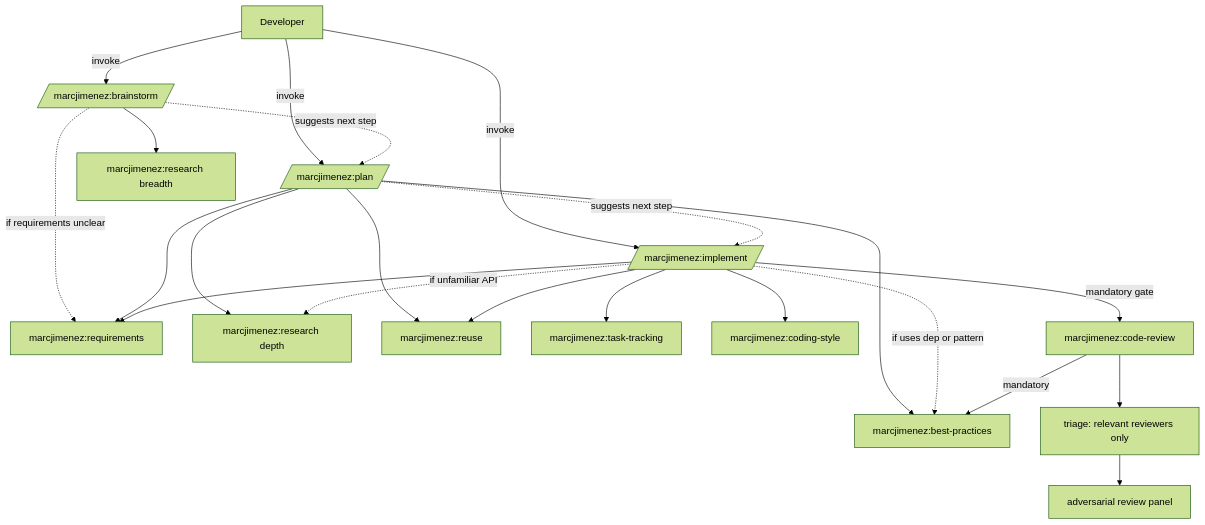
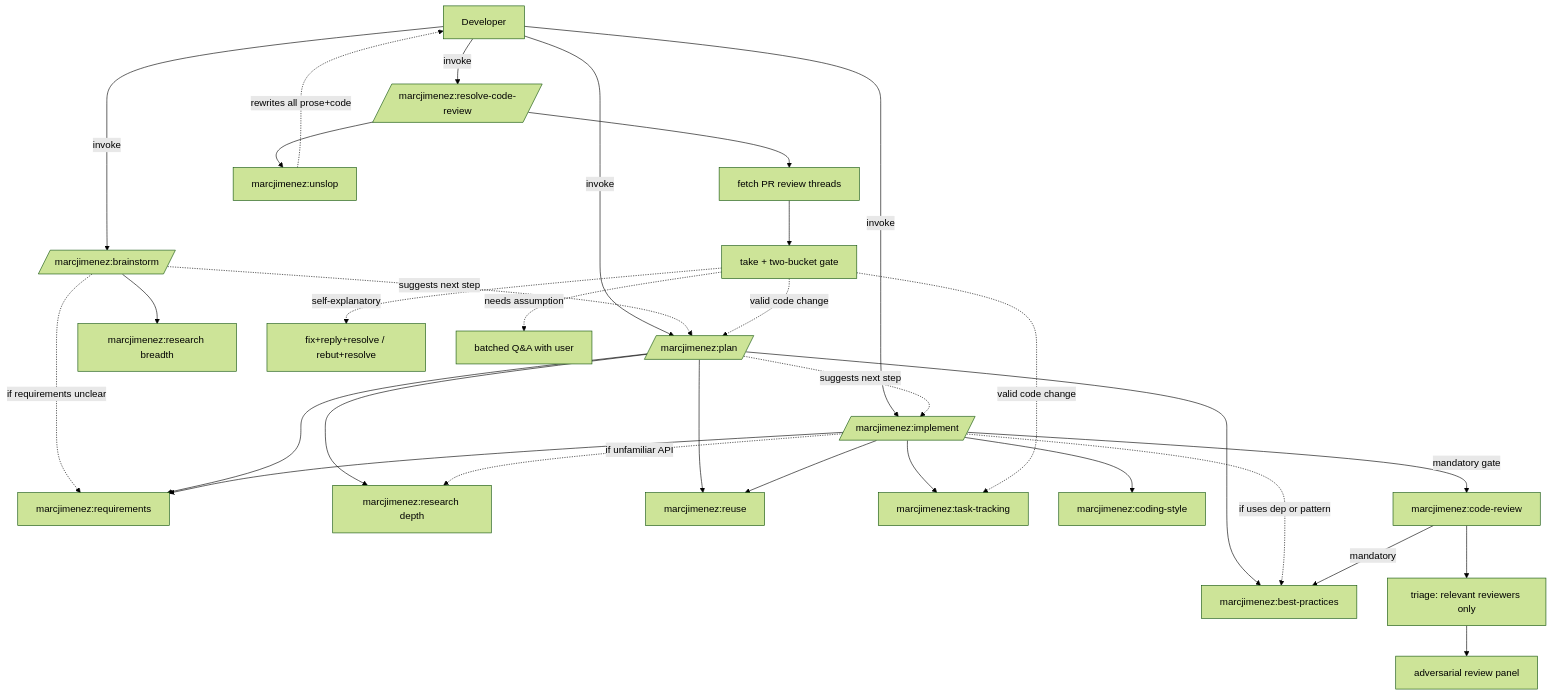
Before and after one commit to marcjimenez/skills: the diagram in README.md, drawn with Mermaid (forest theme). The commit also changed other lines of this file and 9 other files, not shown here.

First line of the commit message:
feat: add unslop and resolve-code-review skills

````diff
--- a/README.md
+++ b/README.md
@@ -43,24 +45,33 @@
 ```mermaid
 flowchart TD
     U[Developer] -->|invoke| BR[/marcjimenez:brainstorm/]
     U -->|invoke| PL[/marcjimenez:plan/]
     U -->|invoke| IM[/marcjimenez:implement/]
     BR --> RS[marcjimenez:research breadth]
     BR -.if requirements unclear.-> RQ
     BR -.suggests next step.-> PL
     PL --> RQ[marcjimenez:requirements]
     PL --> RSD[marcjimenez:research depth]
     PL --> RU[marcjimenez:reuse]
     PL --> BP[marcjimenez:best-practices]
     PL -.suggests next step.-> IM
     IM --> RQ
     IM --> TT[marcjimenez:task-tracking]
     IM --> RU
     IM --> CS[marcjimenez:coding-style]
     IM -.if unfamiliar API.-> RSD
     IM -.if uses dep or pattern.-> BP
     IM -->|mandatory gate| CR[marcjimenez:code-review]
     CR --> TRI[triage: relevant reviewers only]
     CR -->|mandatory| BP
     TRI --> REV[adversarial review panel]
+    U -->|invoke| RCR[/marcjimenez:resolve-code-review/]
+    RCR --> RCRF[fetch PR review threads]
+    RCRF --> RCRT[take + two-bucket gate]
+    RCRT -.self-explanatory.-> RCRA[fix+reply+resolve / rebut+resolve]
+    RCRT -.needs assumption.-> RCRQ[batched Q&A with user]
+    RCRT -.valid code change.-> TT
+    RCR --> US[marcjimenez:unslop]
+    RCRT -.valid code change.-> PL
+    US -.rewrites all prose+code.-> U
 ```
````
